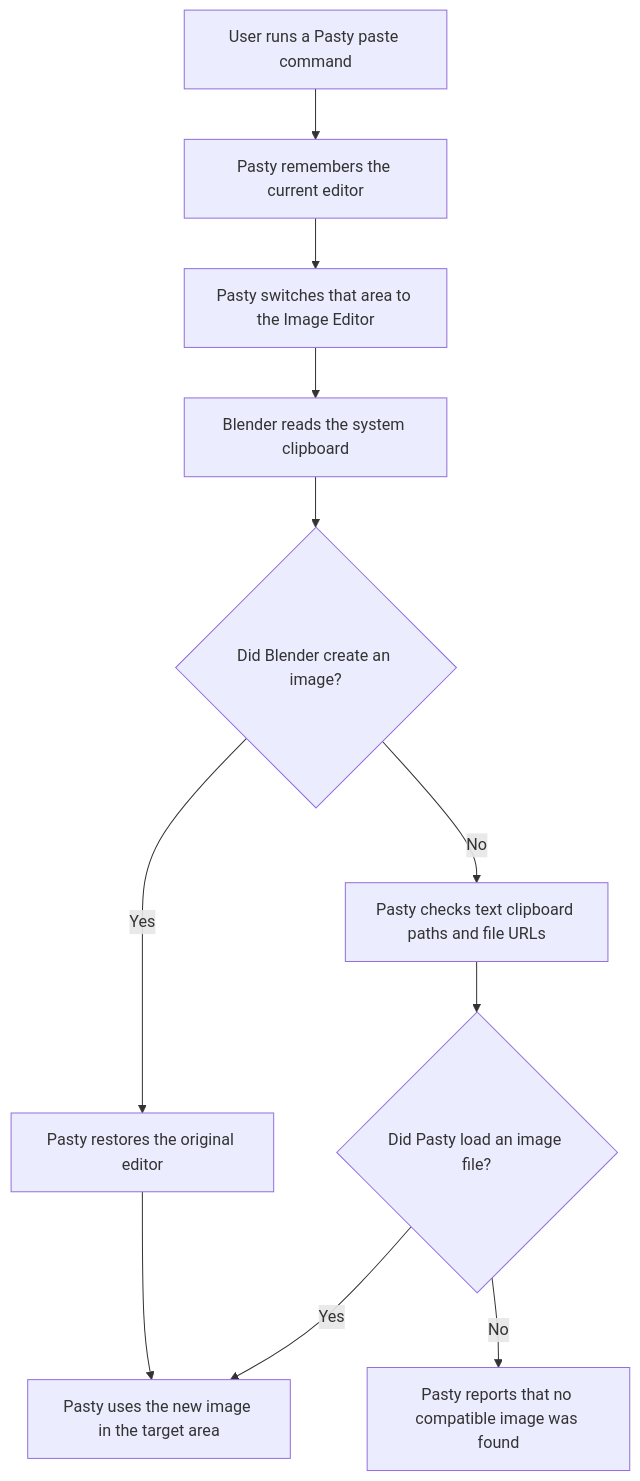
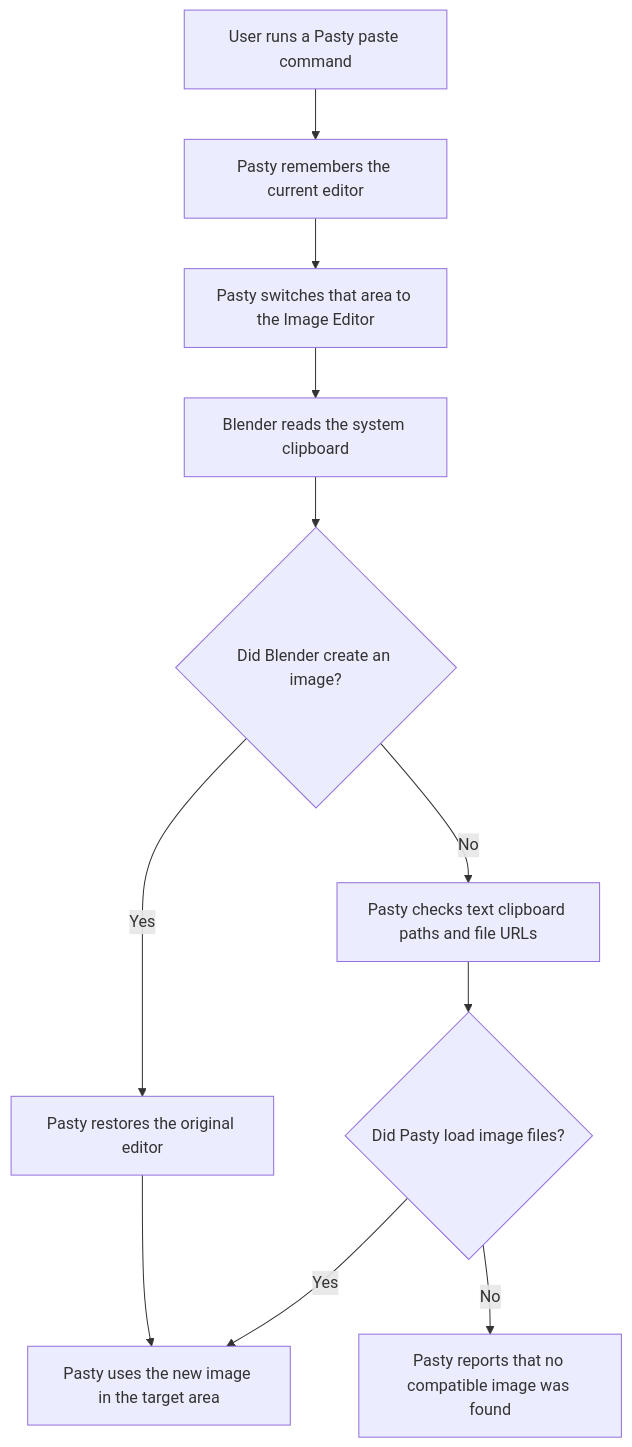
Before and after one commit to thanhph111/blender-pasty: the diagram in docs/technical-design.md, drawn with Mermaid. The commit also changed other lines of this file and 3 other files, not shown here.

````diff
--- a/docs/technical-design.md
+++ b/docs/technical-design.md
@@ -32,13 +32,13 @@
 ```mermaid
 flowchart TD
     A["User runs a Pasty paste command"] --> B["Pasty remembers the current editor"]
     B --> C["Pasty switches that area to the Image Editor"]
     C --> D["Blender reads the system clipboard"]
     D --> E{"Did Blender create an image?"}
     E -->|"Yes"| F["Pasty restores the original editor"]
     F --> G["Pasty uses the new image in the target area"]
     E -->|"No"| H["Pasty checks text clipboard paths and file URLs"]
-    H --> I{"Did Pasty load an image file?"}
+    H --> I{"Did Pasty load image files?"}
     I -->|"Yes"| G
     I -->|"No"| J["Pasty reports that no compatible image was found"]
 ```
````
